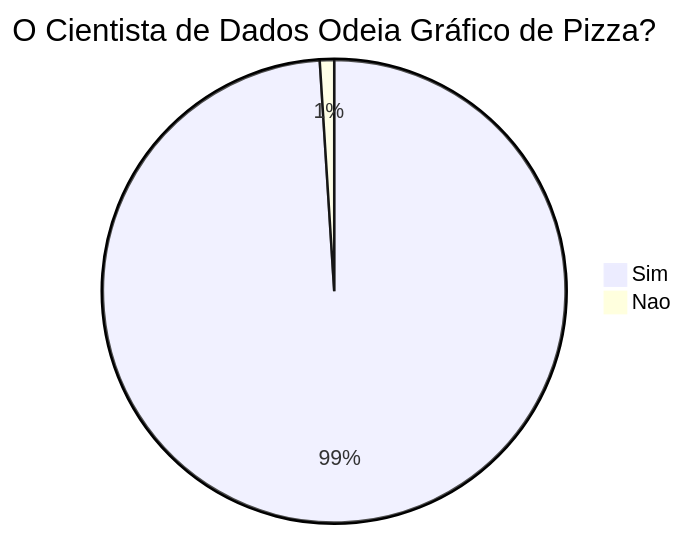
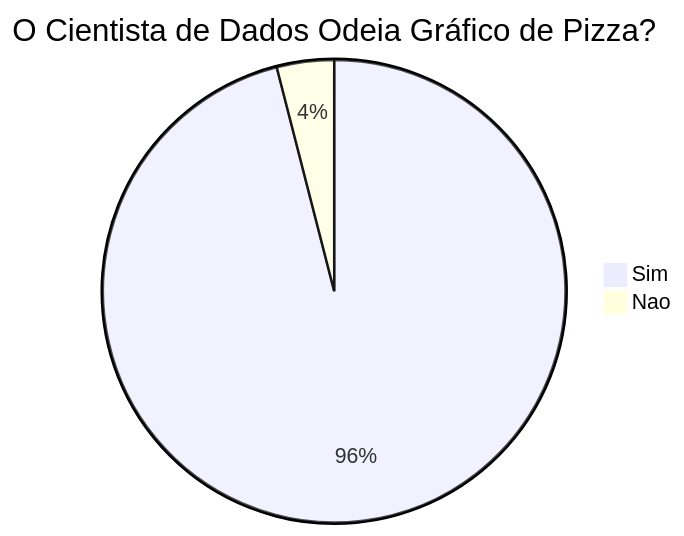
The fifth of 5 diagrams in README.md (diascarolina/mermaid-code), drawn with Mermaid before and after one commit.

````diff
--- a/README.md
+++ b/README.md
@@ -86,6 +86,6 @@
 ```mermaid
 pie
     title O Cientista de Dados Odeia Gráfico de Pizza?
-    "Sim" : 99
-    "Nao" : 1
+    "Sim" : 96
+    "Nao" : 4
 ```
````
